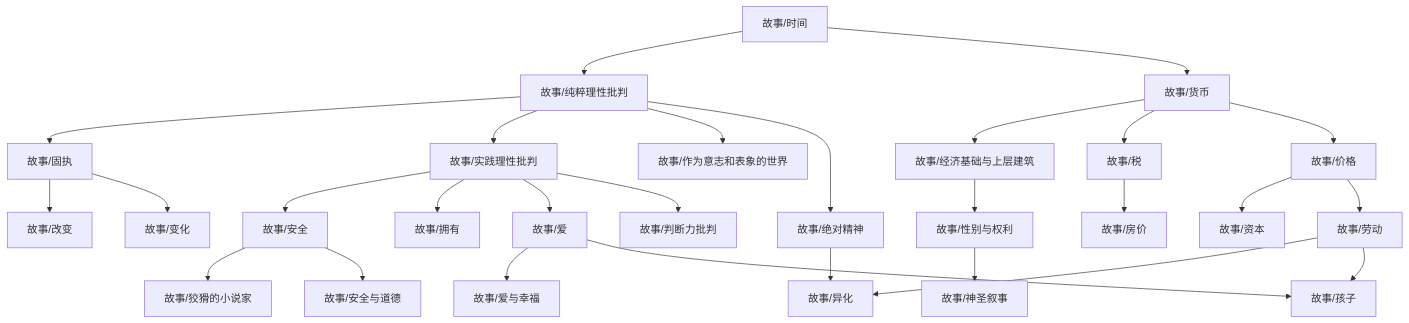
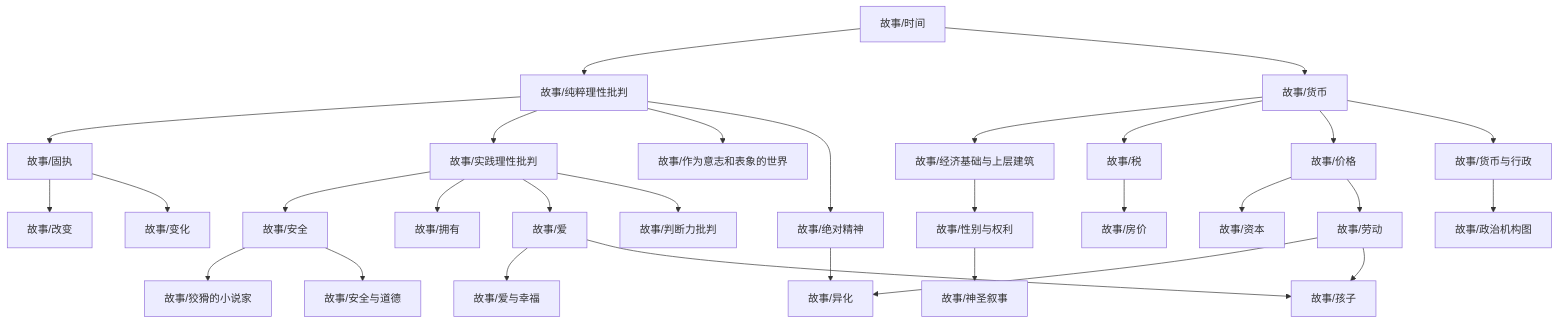
Before and after one commit to zeroDtree/zeroDtree.github.io: the diagram in content/故事/dependency_graph.md, drawn with Mermaid. The commit also changed 14 other files, not shown here.

````diff
--- a/content/故事/dependency_graph.md
+++ b/content/故事/dependency_graph.md
@@ -1,30 +1,32 @@
 ```mermaid
 graph TD
 1["故事/劳动"] --> 0["故事/异化"]
 2["故事/绝对精神"] --> 0["故事/异化"]
 4["故事/纯粹理性批判"] --> 3["故事/固执"]
 6["故事/经济基础与上层建筑"] --> 5["故事/性别与权利"]
 8["故事/价格"] --> 7["故事/资本"]
 3["故事/固执"] --> 9["故事/改变"]
 11["故事/安全"] --> 10["故事/狡猾的小说家"]
 4["故事/纯粹理性批判"] --> 12["故事/实践理性批判"]
 13["故事/时间"] --> 4["故事/纯粹理性批判"]
 12["故事/实践理性批判"] --> 11["故事/安全"]
 14["故事/货币"] --> 6["故事/经济基础与上层建筑"]
 12["故事/实践理性批判"] --> 15["故事/拥有"]
 14["故事/货币"] --> 16["故事/税"]
 16["故事/税"] --> 17["故事/房价"]
-3["故事/固执"] --> 18["故事/变化"]
-12["故事/实践理性批判"] --> 19["故事/爱"]
+19["故事/货币与行政"] --> 18["故事/政治机构图"]
+3["故事/固执"] --> 20["故事/变化"]
+12["故事/实践理性批判"] --> 21["故事/爱"]
 14["故事/货币"] --> 8["故事/价格"]
-4["故事/纯粹理性批判"] --> 21["故事/作为意志和表象的世界"]
+4["故事/纯粹理性批判"] --> 23["故事/作为意志和表象的世界"]
 4["故事/纯粹理性批判"] --> 2["故事/绝对精神"]
-11["故事/安全"] --> 22["故事/安全与道德"]
-5["故事/性别与权利"] --> 23["故事/神圣叙事"]
-19["故事/爱"] --> 24["故事/爱与幸福"]
+14["故事/货币"] --> 19["故事/货币与行政"]
+11["故事/安全"] --> 24["故事/安全与道德"]
+5["故事/性别与权利"] --> 25["故事/神圣叙事"]
+21["故事/爱"] --> 26["故事/爱与幸福"]
 13["故事/时间"] --> 14["故事/货币"]
-19["故事/爱"] --> 25["故事/孩子"]
-1["故事/劳动"] --> 25["故事/孩子"]
+21["故事/爱"] --> 27["故事/孩子"]
+1["故事/劳动"] --> 27["故事/孩子"]
 8["故事/价格"] --> 1["故事/劳动"]
-12["故事/实践理性批判"] --> 26["故事/判断力批判"]
+12["故事/实践理性批判"] --> 28["故事/判断力批判"]
 ```
````
